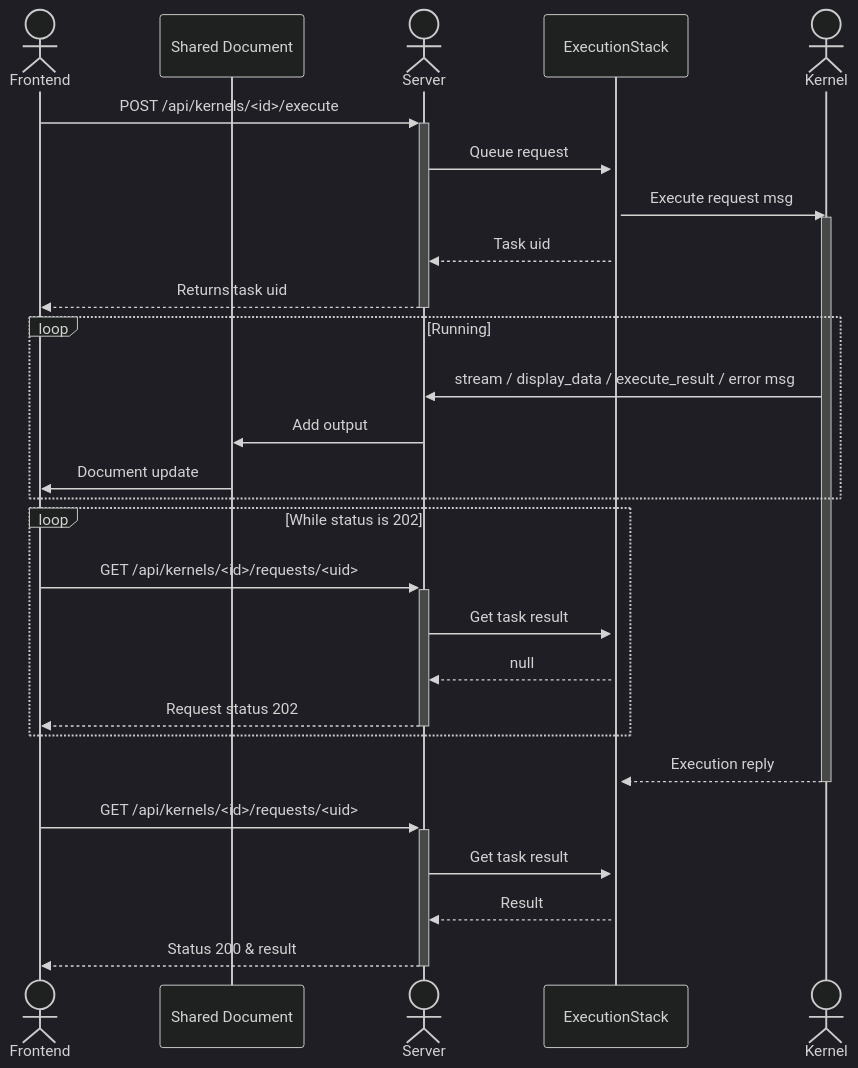
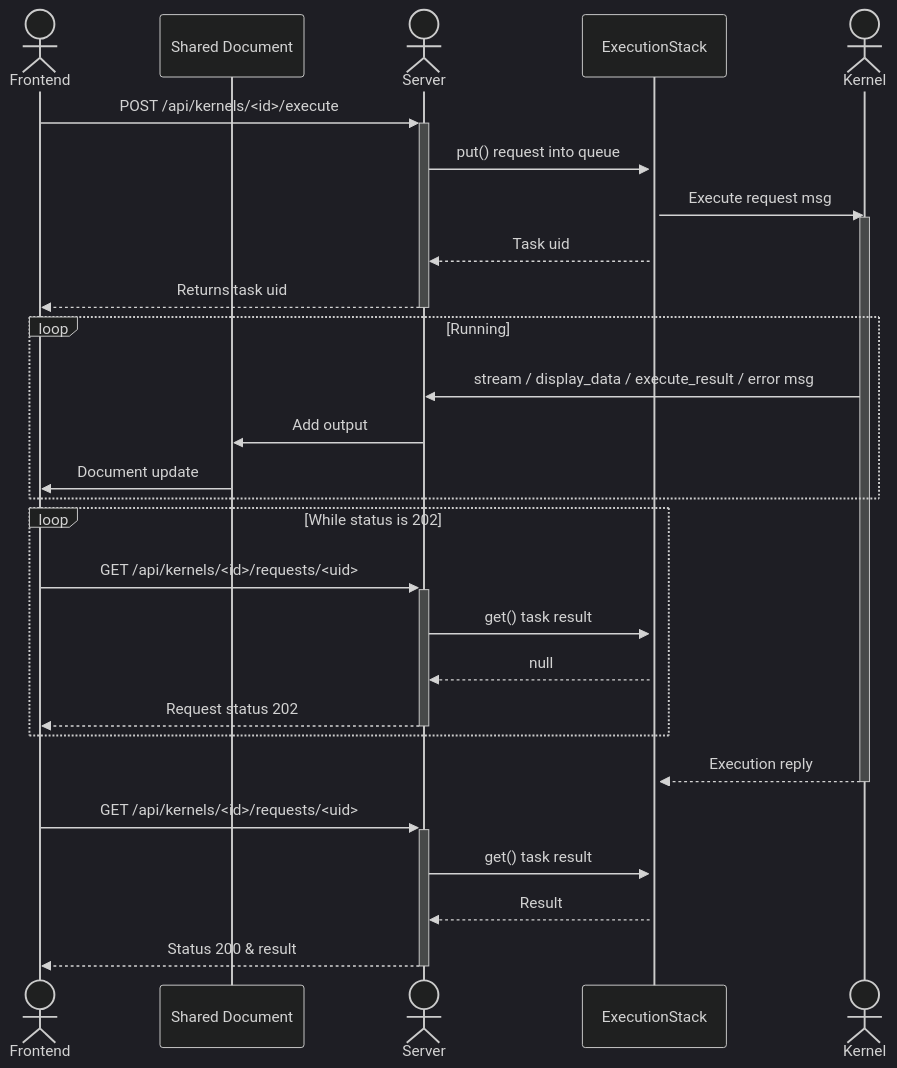
The first of 2 diagrams in README.md (datalayer/jupyter-server-nbmodel), drawn with Mermaid (dark theme) before and after one commit. The commit also changed other lines of this file, not shown here.

Commit message:
Diagram: `put()` & `get()` wording for local calls to ExecutionStack

````diff
--- a/README.md
+++ b/README.md
@@ -75,27 +75,27 @@
 ```mermaid
 sequenceDiagram
     actor Frontend; participant Shared Document; actor Server; participant ExecutionStack; actor Kernel
     Frontend->>+Server: POST /api/kernels/<id>/execute
-    Server->>+ExecutionStack: Queue request
+    Server->>+ExecutionStack: put() request into queue
     ExecutionStack->>Kernel: Execute request msg
     activate Kernel
     ExecutionStack-->>Server: Task uid
     Server-->>-Frontend: Returns task uid
     loop Running
         Kernel->>Server: stream / display_data / execute_result / error msg
         Server->>Shared Document: Add output
         Shared Document->>Frontend: Document update
     end
     loop While status is 202
         Frontend->>+Server: GET /api/kernels/<id>/requests/<uid>
-        Server->>ExecutionStack: Get task result
+        Server->>ExecutionStack: get() task result
         ExecutionStack-->>Server: null
         Server-->>-Frontend: Request status 202
     end
     Kernel-->>ExecutionStack: Execution reply
     deactivate Kernel
     Frontend->>+Server: GET /api/kernels/<id>/requests/<uid>
-    Server->>ExecutionStack: Get task result
+    Server->>ExecutionStack: get() task result
     ExecutionStack-->>Server: Result
     Server-->>-Frontend: Status 200 & result
 ```
````
